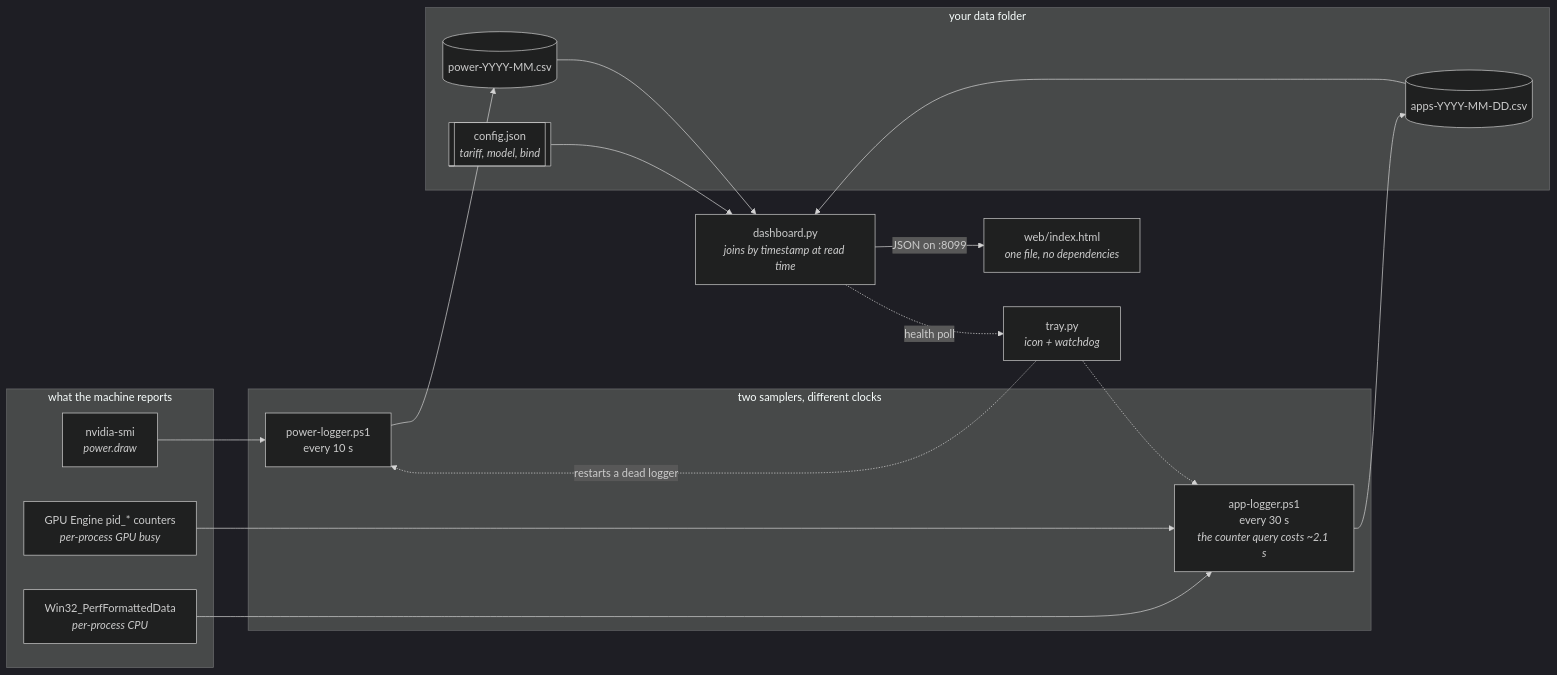
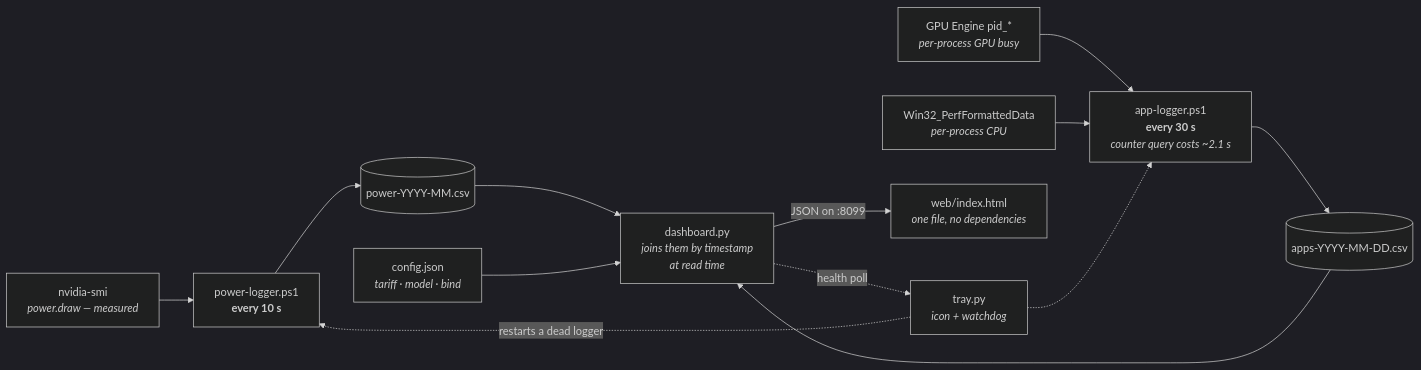
One commit to Hsnaimeh/nabatt changed the diagram in README.md. Above: the diagram before and after it, drawn with Mermaid (dark theme).

Commit message:
Flatten the architecture diagram so it is actually readable
The first version wrapped everything in subgraphs, which gave dagre enough rope
to route the data folder above the loggers and cross half the edges over each
other. An edge pointing at a subgraph also had its label clipped to "ger".

Rendered each version in a real browser through mermaid rather than trusting
the syntax, since GitHub renders these client-side and a bad one becomes a red
box in the README rather than a failed build. Without subgraphs the layout
comes out as the pipeline it actually is.

````diff
--- a/README.md
+++ b/README.md
@@ -240,36 +240,18 @@
 ```mermaid
 flowchart LR
-  subgraph sensors ["what the machine reports"]
-    NV["nvidia-smi<br/><i>power.draw</i>"]
-    GE["GPU Engine pid_* counters<br/><i>per-process GPU busy</i>"]
-    PP["Win32_PerfFormattedData<br/><i>per-process CPU</i>"]
-  end
+  NV["nvidia-smi<br/><i>power.draw — measured</i>"] --> PL
+  GE["GPU Engine pid_*<br/><i>per-process GPU busy</i>"] --> AL
+  PP["Win32_PerfFormattedData<br/><i>per-process CPU</i>"] --> AL
 
-  subgraph loggers ["two samplers, different clocks"]
-    PL["power-logger.ps1<br/>every 10 s"]
-    AL["app-logger.ps1<br/>every 30 s<br/><i>the counter query costs ~2.1 s</i>"]
-  end
+  PL["power-logger.ps1<br/><b>every 10 s</b>"] --> PC[("power-YYYY-MM.csv")]
+  AL["app-logger.ps1<br/><b>every 30 s</b><br/><i>counter query costs ~2.1 s</i>"] --> AC[("apps-YYYY-MM-DD.csv")]
 
-  subgraph data ["your data folder"]
-    PC[("power-YYYY-MM.csv")]
-    AC[("apps-YYYY-MM-DD.csv")]
-    CF[["config.json<br/><i>tariff, model, bind</i>"]]
-  end
-
-  DB["dashboard.py<br/><i>joins by timestamp at read time</i>"]
-  UI["web/index.html<br/><i>one file, no dependencies</i>"]
-  TR["tray.py<br/><i>icon + watchdog</i>"]
-
-  NV --> PL
-  GE --> AL
-  PP --> AL
-  PL --> PC
-  AL --> AC
   PC --> DB
   AC --> DB
-  CF --> DB
-  DB -->|"JSON on :8099"| UI
-  DB -.->|"health poll"| TR
+  CF["config.json<br/><i>tariff · model · bind</i>"] --> DB
+
+  DB["dashboard.py<br/><i>joins them by timestamp<br/>at read time</i>"] -->|"JSON on :8099"| UI["web/index.html<br/><i>one file, no dependencies</i>"]
+  DB -.->|"health poll"| TR["tray.py<br/><i>icon + watchdog</i>"]
   TR -.->|"restarts a dead logger"| PL
   TR -.-> AL
 ```
````
